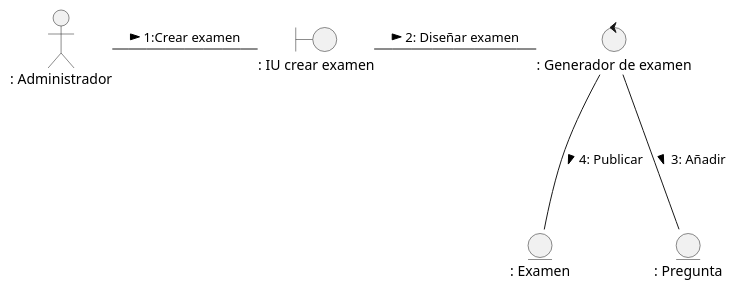
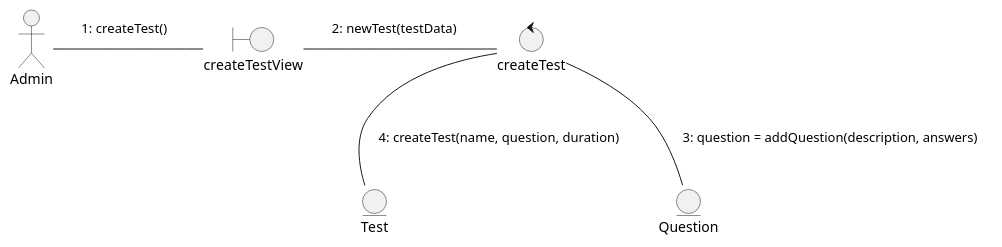
One commit to MiguelCiav/Uhuru changed the diagram in docs/logicalView/analisysView/classAnalisys/diagrama_colaboracion_CU1.plantuml. Above: the diagram before and after it, drawn with PlantUML. The commit also changed 23 other files, not shown here.

Commit message:
Correción de diagrama de casos de análisis

```diff
--- a/docs/logicalView/analisysView/classAnalisys/diagrama_colaboracion_CU1.plantuml
+++ b/docs/logicalView/analisysView/classAnalisys/diagrama_colaboracion_CU1.plantuml
@@ -1,14 +1,28 @@
 @startuml clase_analisis 
+skinparam NoteBackgroundColor transparent
+skinparam NoteBorderColor transparent
 
-actor ": Administrador" as Administrador
-boundary ": IU crear examen" as crear_examen
-control ": Generador de examen" as controlador 
-entity ": Examen" as publicar_examen 
-entity ": Pregunta" as añadir_pregunta
+actor Admin as Administrador
+boundary "createTestView" as crear_examen
+control "createTest" as controlador
+entity Test as publicar_examen
+entity Question as añadir_pregunta
 
-Administrador -r-- crear_examen : 1:Crear examen >
-crear_examen -r-- controlador: 2: Diseñar examen >  
-controlador --- añadir_pregunta: 3: Añadir >  
-controlador --- publicar_examen: 4: Publicar > 
+Administrador -r--  crear_examen
+note on link
+1: createTest()
+end note
+crear_examen -r-- controlador 
+note on link
+2: newTest(testData) 
+end note
+controlador -- añadir_pregunta
+note on link
+3: question = addQuestion(description, answers)
+end note
+controlador -- publicar_examen
+note on link
+4: createTest(name, question, duration) 
+end note
 
 @enduml
```
